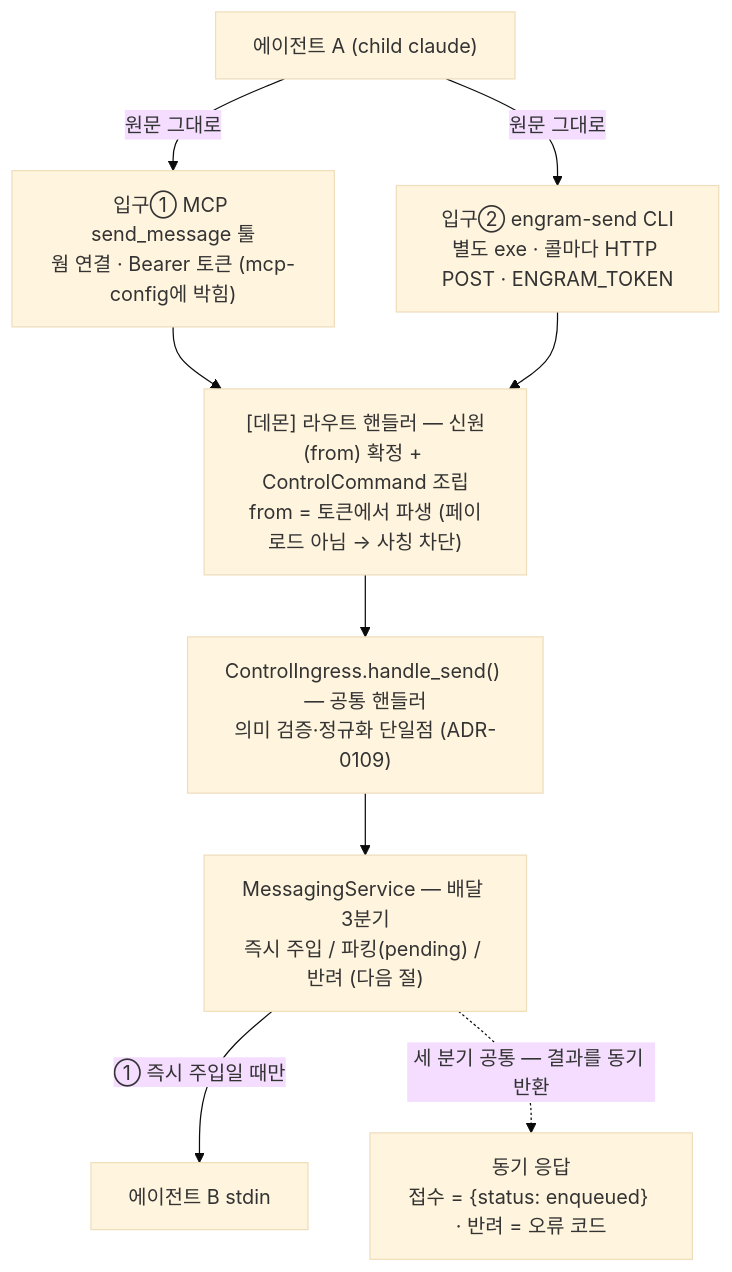
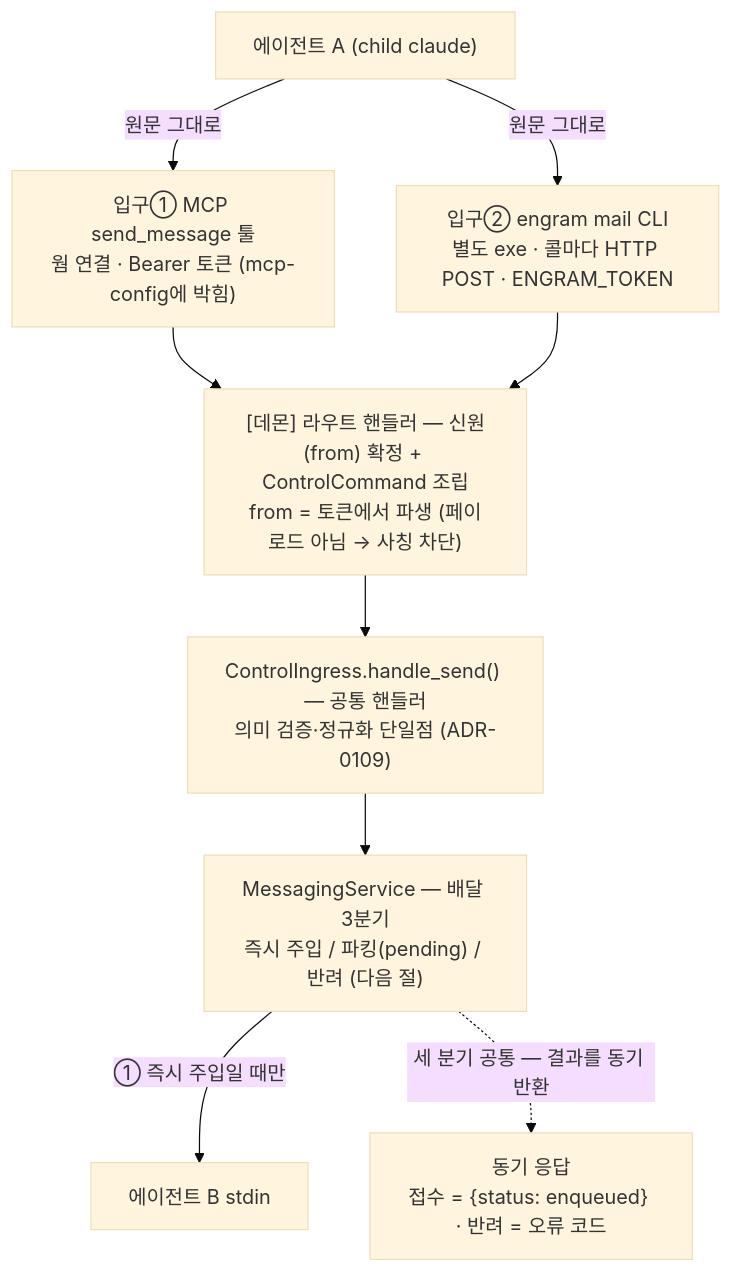
Before and after one commit to kimsunzun/engram-dashboard: the eighth of 20 diagrams in docs/reference/architecture-overview.md, drawn with Mermaid (base theme). The commit also changed other lines of this file and 27 other files, not shown here.

````diff
--- a/docs/reference/architecture-overview.md
+++ b/docs/reference/architecture-overview.md
@@ -297,17 +297,17 @@
 ```mermaid
 flowchart TD
   A["에이전트 A (child claude)"]
   MCP["입구① MCP send_message 툴<br/>웜 연결 · Bearer 토큰 (mcp-config에 박힘)"]
-  CLI["입구② engram-send CLI<br/>별도 exe · 콜마다 HTTP POST · ENGRAM_TOKEN"]
+  CLI["입구② engram mail CLI<br/>별도 exe · 콜마다 HTTP POST · ENGRAM_TOKEN"]
   CI["[데몬] 라우트 핸들러 — 신원(from) 확정 + ControlCommand 조립<br/>from = 토큰에서 파생 (페이로드 아님 → 사칭 차단)"]
   VAL["ControlIngress.handle_send() — 공통 핸들러<br/>의미 검증·정규화 단일점 (ADR-0109)"]
   DELIV["MessagingService — 배달 3분기<br/>즉시 주입 / 파킹(pending) / 반려 (다음 절)"]
   B["에이전트 B stdin"]
   ACK["동기 응답<br/>접수 = {status: enqueued} · 반려 = 오류 코드"]
 
   A -->|"원문 그대로"| MCP --> CI
   A -->|"원문 그대로"| CLI --> CI
   CI --> VAL --> DELIV
   DELIV -->|"① 즉시 주입일 때만"| B
   DELIV -.->|"세 분기 공통 — 결과를 동기 반환"| ACK
 ```
````
